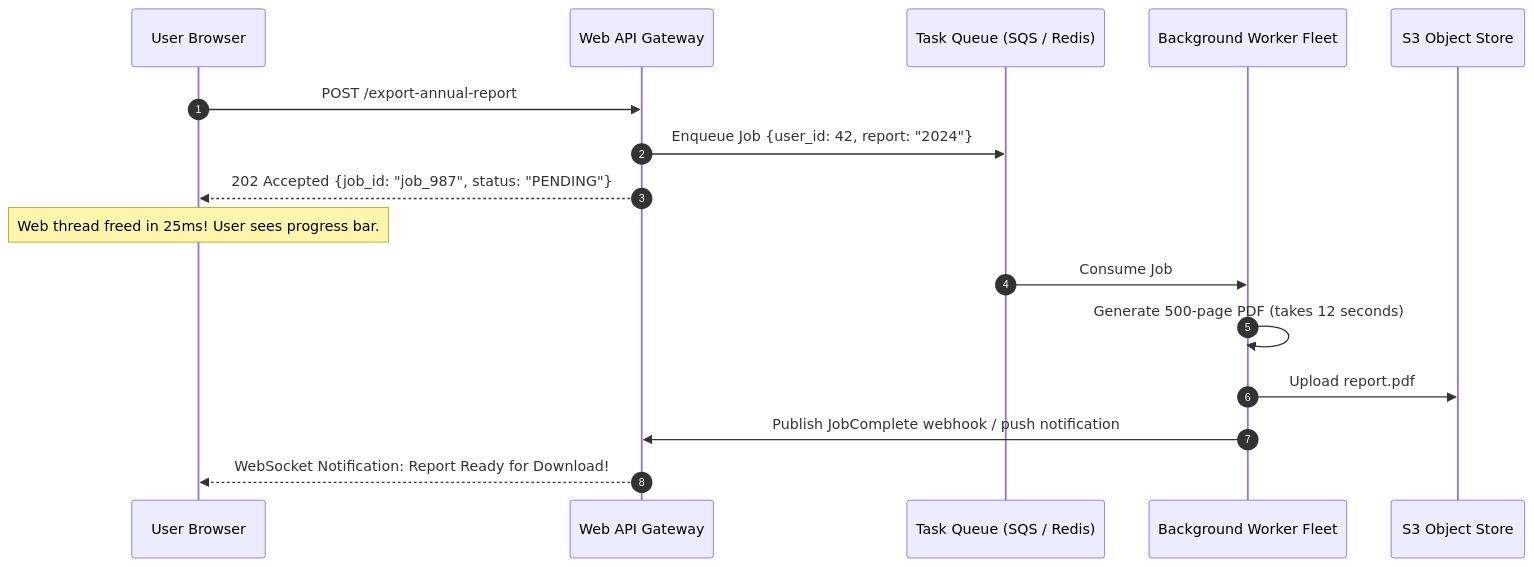
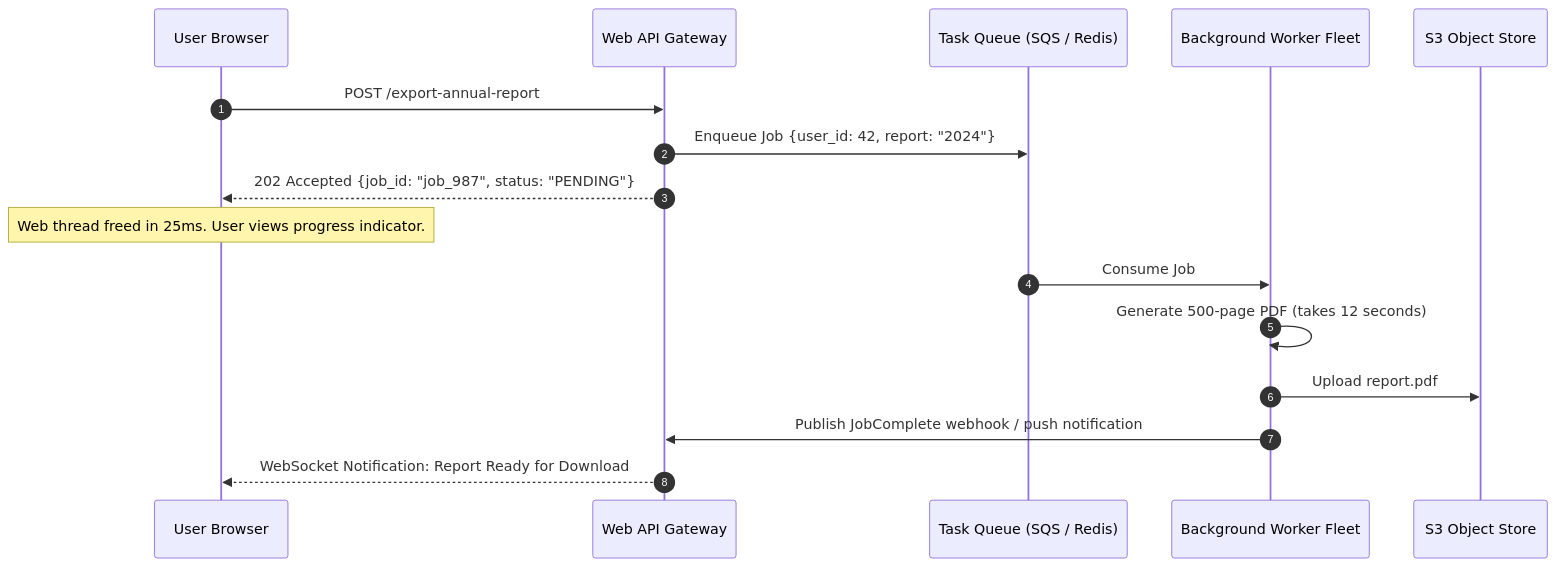
The fourth of 4 diagrams in 03-system-resilience-scale/01-scalability-patterns.md (kvai9826/system-design-for-program-managers), drawn with Mermaid before and after one commit. The commit also changed other lines of this file and 30 other files, not shown here.

````diff
--- a/03-system-resilience-scale/01-scalability-patterns.md
+++ b/03-system-resilience-scale/01-scalability-patterns.md
@@ -108,21 +112,21 @@
 ```mermaid
 sequenceDiagram
     autonumber
     participant Client as User Browser
     participant API as Web API Gateway
     participant Q as Task Queue (SQS / Redis)
     participant Worker as Background Worker Fleet
     participant Storage as S3 Object Store
 
     Client->>API: POST /export-annual-report
     API->>Q: Enqueue Job {user_id: 42, report: "2024"}
     API-->>Client: 202 Accepted {job_id: "job_987", status: "PENDING"}
     
-    Note over Client: Web thread freed in 25ms! User sees progress bar.
+    Note over Client: Web thread freed in 25ms. User views progress indicator.
 
     Q->>Worker: Consume Job
     Worker->>Worker: Generate 500-page PDF (takes 12 seconds)
     Worker->>Storage: Upload report.pdf
     Worker->>API: Publish JobComplete webhook / push notification
-    API-->>Client: WebSocket Notification: Report Ready for Download!
+    API-->>Client: WebSocket Notification: Report Ready for Download
 ```
````
